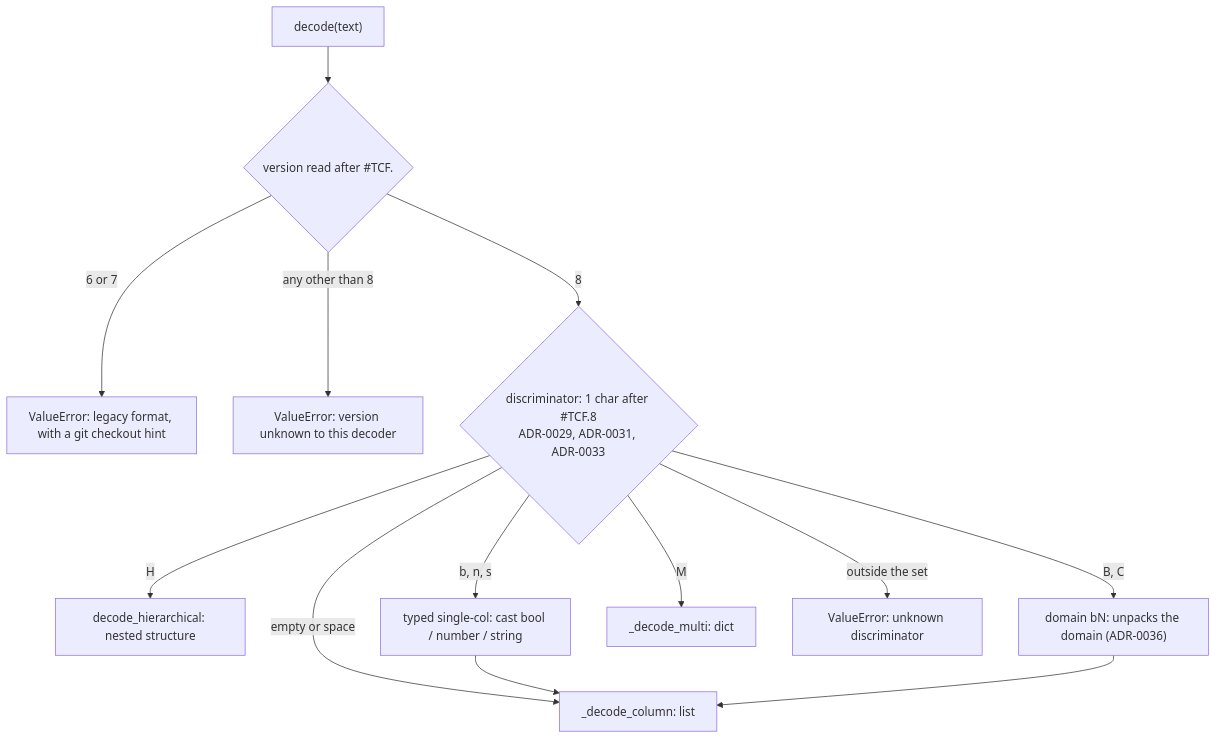
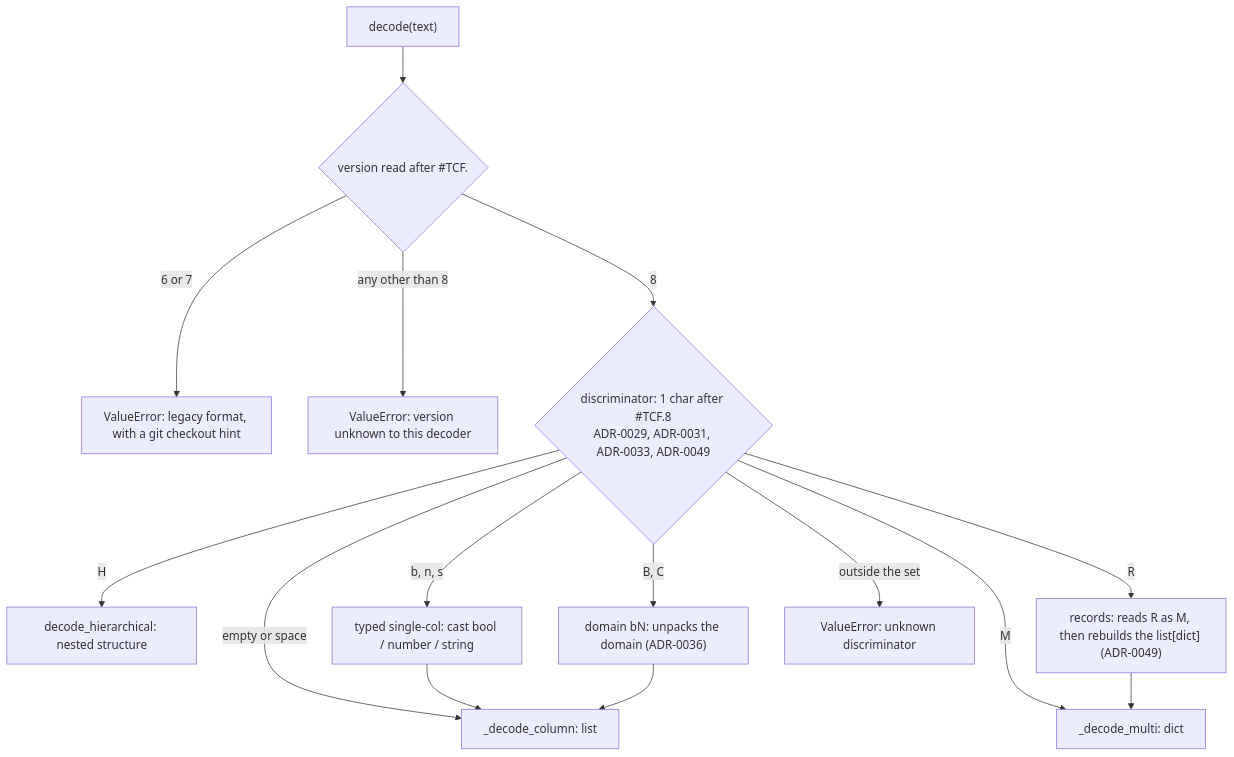
Before and after one commit to LeoPR/TCF: the second of 3 diagrams in docs/algorithms/TCF-format.en.md, drawn with Mermaid. The commit also changed other lines of this file and 29 other files, not shown here.

````diff
--- a/docs/algorithms/TCF-format.en.md
+++ b/docs/algorithms/TCF-format.en.md
@@ -323,27 +329,30 @@
 ```mermaid
 flowchart TB
     DEC["decode(text)"]
     VER{"version read after #TCF."}
     LEG["ValueError: legacy format, with a git checkout hint"]
     UNK["ValueError: version unknown to this decoder"]
-    DISC{"discriminator: 1 char after #TCF.8<br/>ADR-0029, ADR-0031, ADR-0033"}
+    DISC{"discriminator: 1 char after #TCF.8<br/>ADR-0029, ADR-0031, ADR-0033, ADR-0049"}
     HIER["decode_hierarchical: nested structure"]
     TIP["typed single-col: cast bool / number / string"]
     BNN["domain bN: unpacks the domain (ADR-0036)"]
     MULTI["_decode_multi: dict"]
+    REC["records: reads R as M, then rebuilds the list[dict] (ADR-0049)"]
     COL["_decode_column: list"]
     FAIL["ValueError: unknown discriminator"]
 
     DEC --> VER
     VER -->|6 or 7| LEG
     VER -->|any other than 8| UNK
     VER -->|8| DISC
     DISC -->|H| HIER
     DISC -->|b, n, s| TIP
     DISC -->|B, C| BNN
     DISC -->|M| MULTI
+    DISC -->|R| REC
     DISC -->|empty or space| COL
     DISC -->|outside the set| FAIL
     TIP --> COL
     BNN --> COL
+    REC --> MULTI
 ```
````
